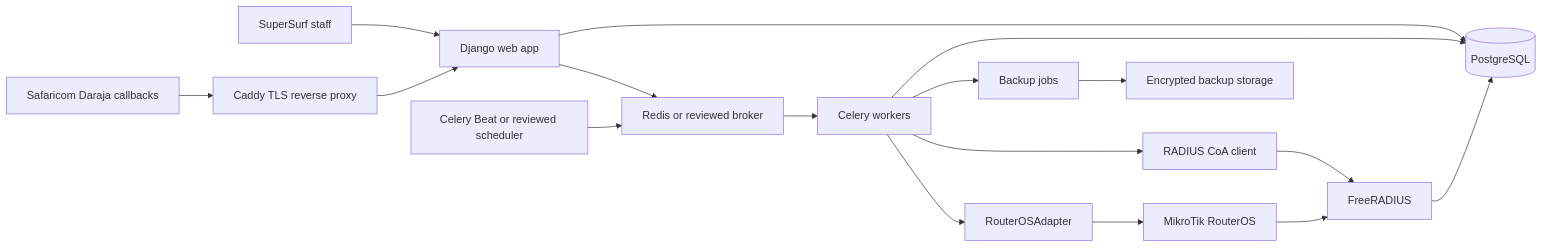
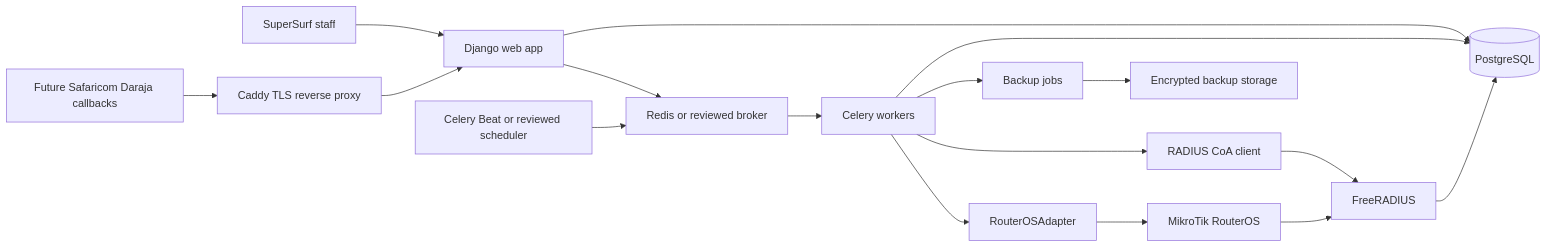
One commit to wangari327/supersurf-billing-phase0 changed the first of 4 diagrams in docs/architecture/diagrams.md. Above: the diagram before and after it, drawn with Mermaid. The commit also changed other lines of this file and 32 other files, not shown here.

````diff
--- a/docs/architecture/diagrams.md
+++ b/docs/architecture/diagrams.md
@@ -5,19 +5,19 @@
 ```mermaid
 flowchart LR
     Staff["SuperSurf staff"] --> Web["Django web app"]
     Web --> DB[("PostgreSQL")]
     Web --> Broker["Redis or reviewed broker"]
     Broker --> Worker["Celery workers"]
     Worker --> DB
     Scheduler["Celery Beat or reviewed scheduler"] --> Broker
-    Mpesa["Safaricom Daraja callbacks"] --> Caddy["Caddy TLS reverse proxy"]
+    Mpesa["Future Safaricom Daraja callbacks"] --> Caddy["Caddy TLS reverse proxy"]
     Caddy --> Web
     Radius["FreeRADIUS"] --> DB
     Worker --> RadiusClient["RADIUS CoA client"]
     RadiusClient --> Radius
     Worker --> RouterAdapter["RouterOSAdapter"]
     RouterAdapter --> Router["MikroTik RouterOS"]
     Router --> Radius
     Backup["Backup jobs"] --> BackupStore["Encrypted backup storage"]
     Worker --> Backup
 ```
````
